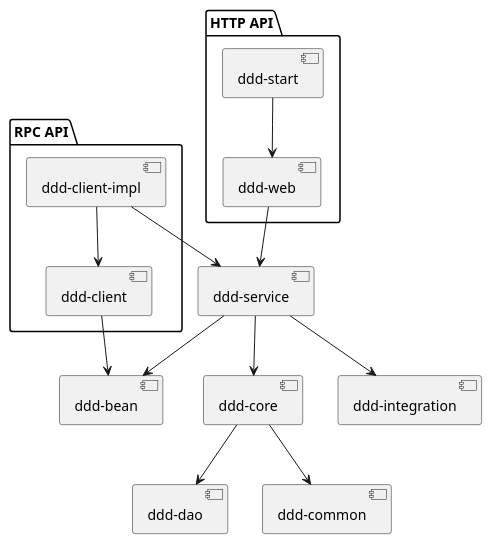
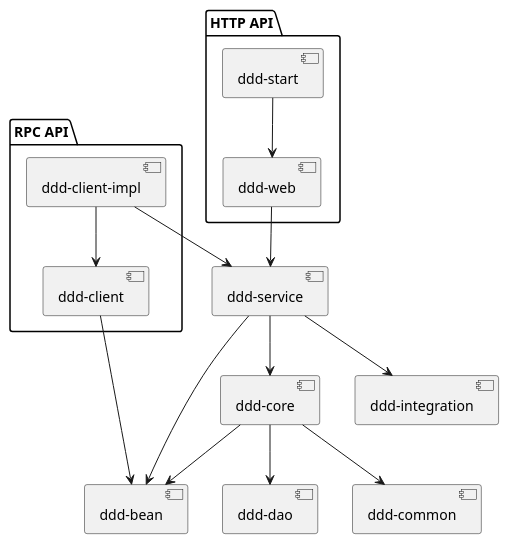
Before and after one commit to Madq92/ddd: the diagram in doc/项目结构.puml, drawn with PlantUML. The commit also changed 5 other files, not shown here.

```diff
--- a/doc/项目结构.puml
+++ b/doc/项目结构.puml
@@ -1,29 +1,30 @@
 @startuml
 'https://plantuml.com/component-diagram
 package "HTTP API"{
     [ddd-start]
     [ddd-web]
 }
 
 package "RPC API"{
     [ddd-client]
     [ddd-client-impl]
 }
 
 
 [ddd-start] --> [ddd-web]
 
 [ddd-web] --> [ddd-service]
 
 [ddd-client] --> [ddd-bean]
 
 [ddd-client-impl] --> [ddd-client]
 [ddd-client-impl] --> [ddd-service]
 
 [ddd-service] --> [ddd-core]
 [ddd-service] --> [ddd-bean]
 [ddd-service] --> [ddd-integration]
 
+[ddd-core] --> [ddd-bean]
 [ddd-core] --> [ddd-dao]
 [ddd-core] --> [ddd-common]
 @enduml
```
